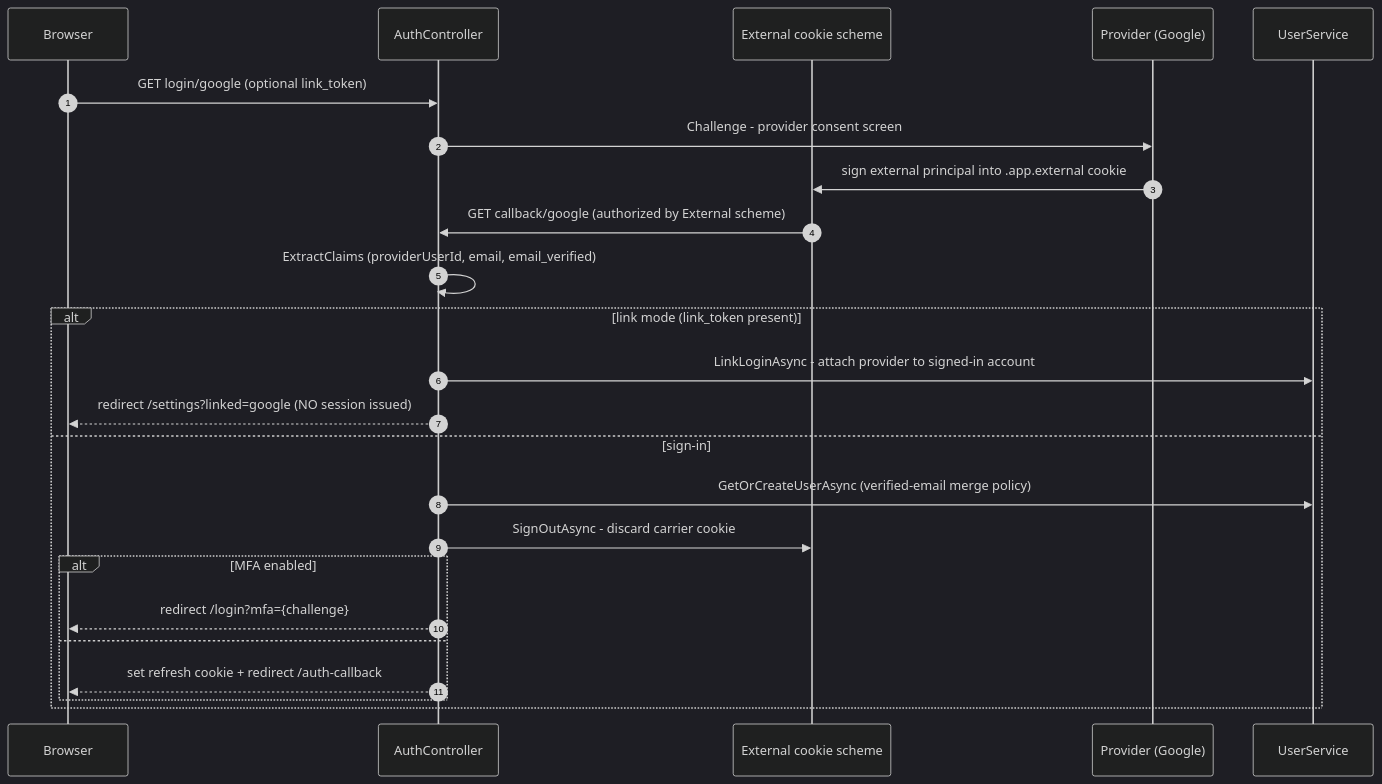
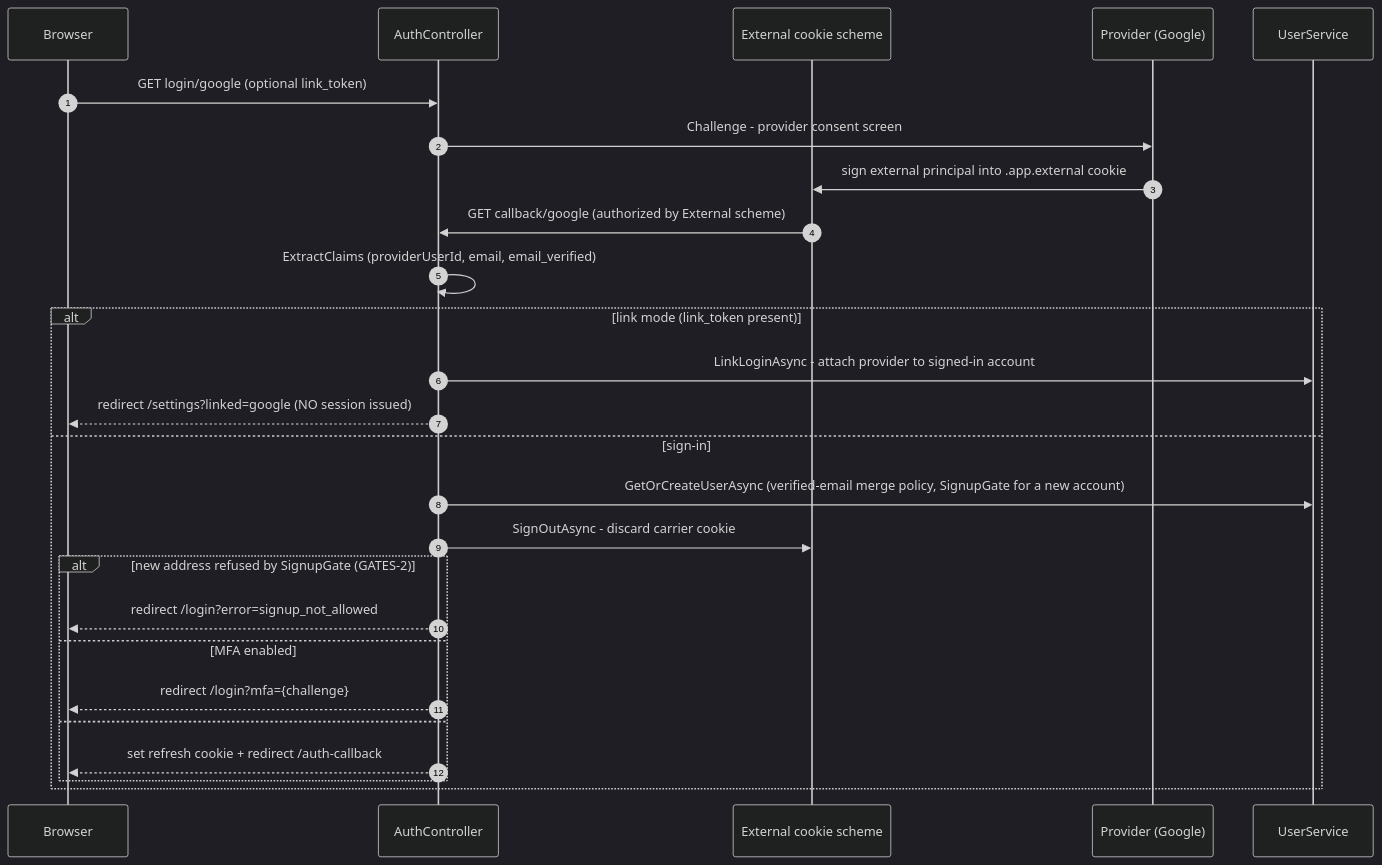
The fifth of 11 diagrams in docs/FLOWS.md (argamboad/vuelto), drawn with Mermaid (dark theme) before and after one commit. The commit also changed other lines of this file and 16 other files, not shown here.

First line of the commit message:
docs: the diagrams, the Postman collection and the config catalog say what the code answers, and four gates hold them (port)

````diff
--- a/docs/FLOWS.md
+++ b/docs/FLOWS.md
@@ -155,26 +169,28 @@
 ```mermaid
 sequenceDiagram
     autonumber
     participant B as Browser
     participant AC as AuthController
     participant Ext as External cookie scheme
     participant P as Provider (Google)
     participant US as UserService
     B->>AC: GET login/google (optional link_token)
     AC->>P: Challenge - provider consent screen
     P->>Ext: sign external principal into .app.external cookie
     Ext->>AC: GET callback/google (authorized by External scheme)
     AC->>AC: ExtractClaims (providerUserId, email, email_verified)
     alt link mode (link_token present)
         AC->>US: LinkLoginAsync - attach provider to signed-in account
         AC-->>B: redirect /settings?linked=google (NO session issued)
     else sign-in
-        AC->>US: GetOrCreateUserAsync (verified-email merge policy)
+        AC->>US: GetOrCreateUserAsync (verified-email merge policy, SignupGate for a new account)
         AC->>Ext: SignOutAsync - discard carrier cookie
-        alt MFA enabled
+        alt new address refused by SignupGate (GATES-2)
+            AC-->>B: redirect /login?error=signup_not_allowed
+        else MFA enabled
             AC-->>B: redirect /login?mfa={challenge}
         else
             AC-->>B: set refresh cookie + redirect /auth-callback
         end
     end
 ```
````
